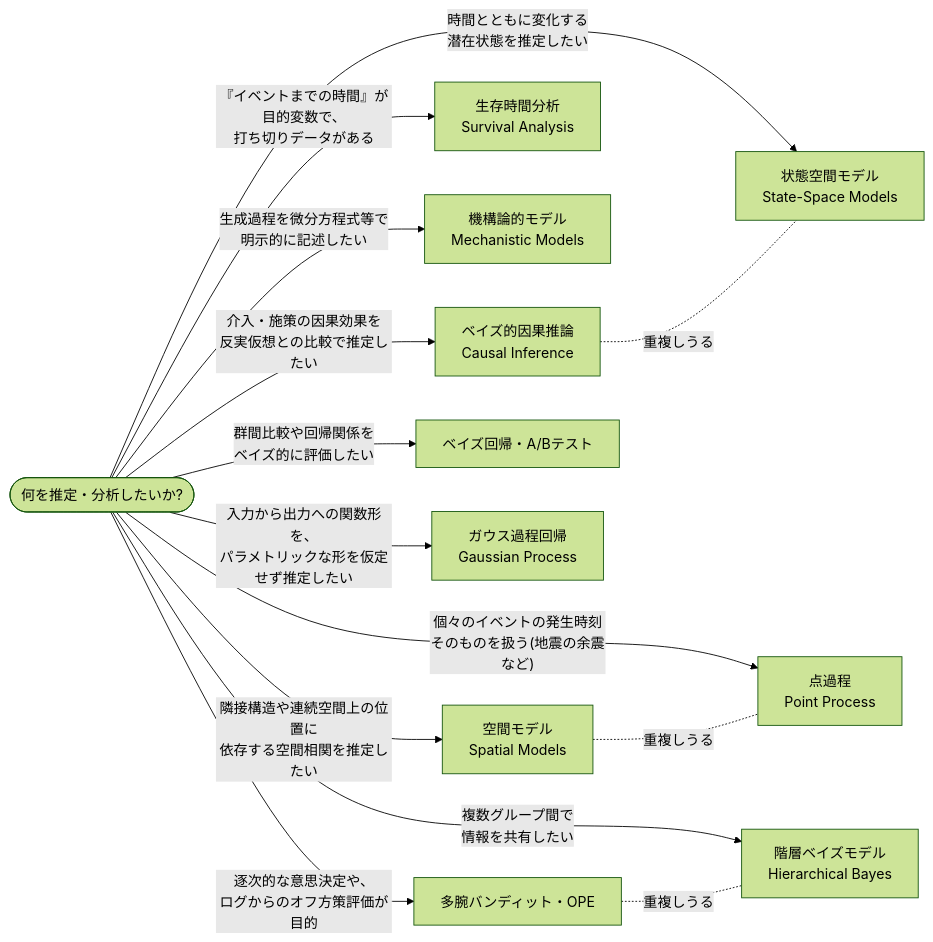
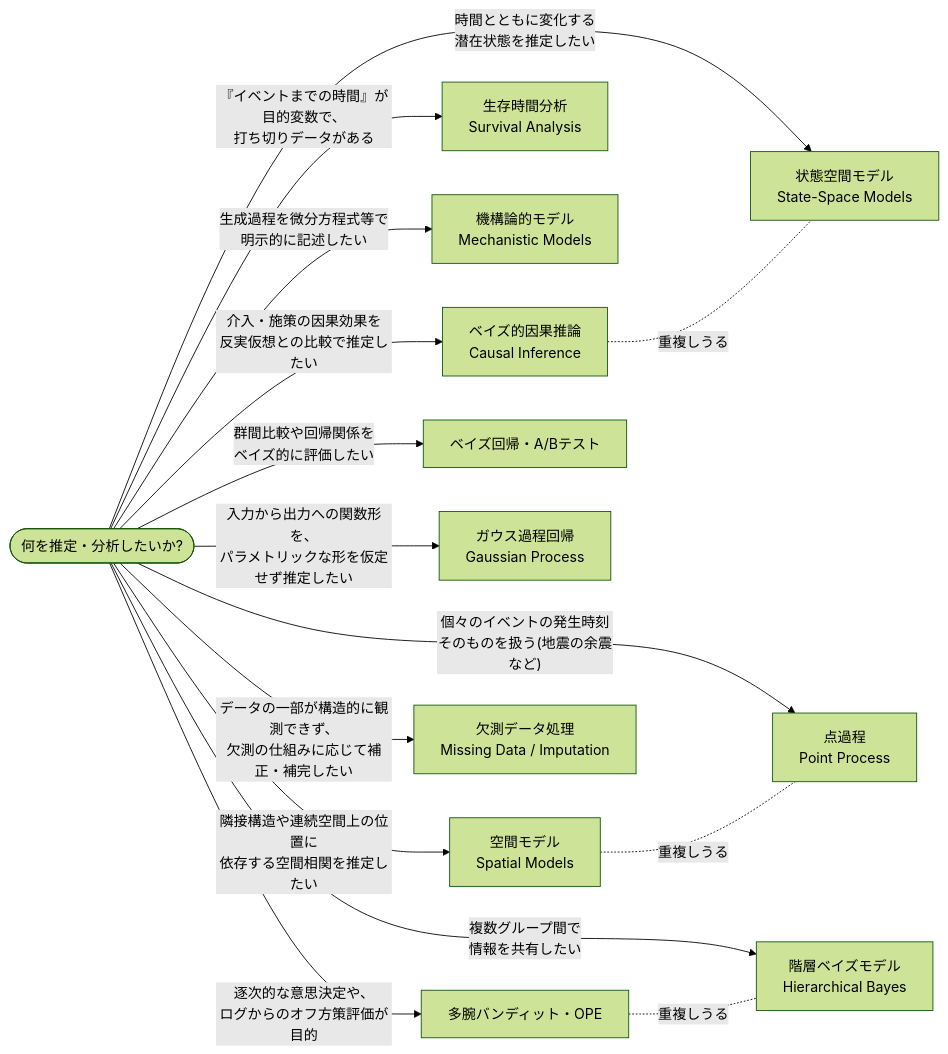
One commit to karahashimanato/bayesian-analysis-index changed the diagram in analysis-types.md. Above: the diagram before and after it, drawn with Mermaid (forest theme). The commit also changed other lines of this file and 8 other files, not shown here.

First line of the commit message:
Add bayesian-missing-data project across index (missing data category)

````diff
--- a/analysis-types.md
+++ b/analysis-types.md
@@ -9,19 +9,20 @@
 ```mermaid
 flowchart LR
     Start(["何を推定・分析したいか?"])
 
     Start -->|"介入・施策の因果効果を<br/>反実仮想との比較で推定したい"| CI["ベイズ的因果推論<br/>Causal Inference"]
     Start -->|"個々のイベントの発生時刻<br/>そのものを扱う(地震の余震など)"| PP["点過程<br/>Point Process"]
     Start -->|"『イベントまでの時間』が目的変数で、<br/>打ち切りデータがある"| SA["生存時間分析<br/>Survival Analysis"]
     Start -->|"生成過程を微分方程式等で<br/>明示的に記述したい"| MM["機構論的モデル<br/>Mechanistic Models"]
     Start -->|"時間とともに変化する<br/>潜在状態を推定したい"| SSM["状態空間モデル<br/>State-Space Models"]
     Start -->|"逐次的な意思決定や、<br/>ログからのオフ方策評価が目的"| MAB["多腕バンディット・OPE"]
     Start -->|"複数グループ間で<br/>情報を共有したい"| HB["階層ベイズモデル<br/>Hierarchical Bayes"]
     Start -->|"群間比較や回帰関係を<br/>ベイズ的に評価したい"| RB["ベイズ回帰・A/Bテスト"]
     Start -->|"入力から出力への関数形を、<br/>パラメトリックな形を仮定せず推定したい"| GP["ガウス過程回帰<br/>Gaussian Process"]
     Start -->|"隣接構造や連続空間上の位置に<br/>依存する空間相関を推定したい"| SP["空間モデル<br/>Spatial Models"]
+    Start -->|"データの一部が構造的に観測できず、<br/>欠測の仕組みに応じて補正・補完したい"| MD["欠測データ処理<br/>Missing Data / Imputation"]
 
     CI -.重複しうる.- SSM
     MAB -.重複しうる.- HB
     SP -.重複しうる.- PP
 ```
````
